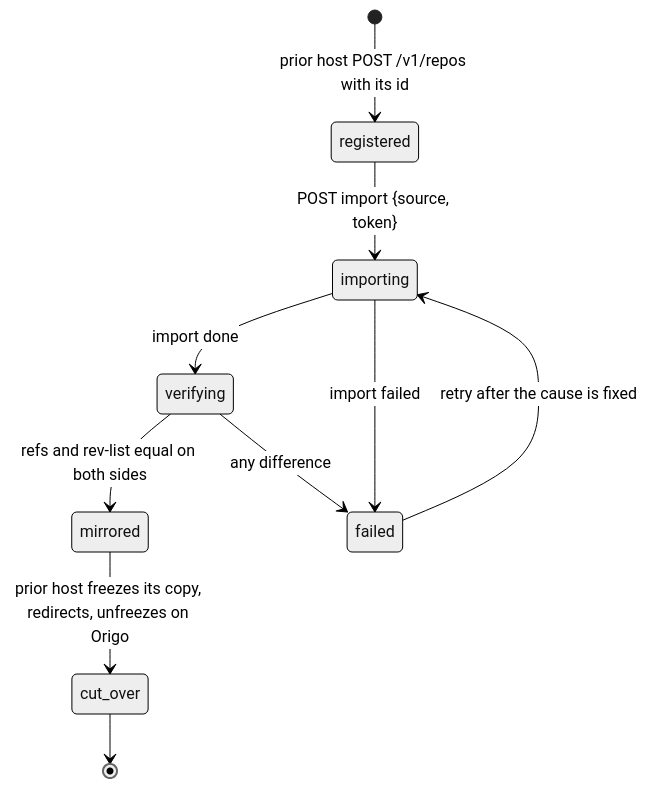
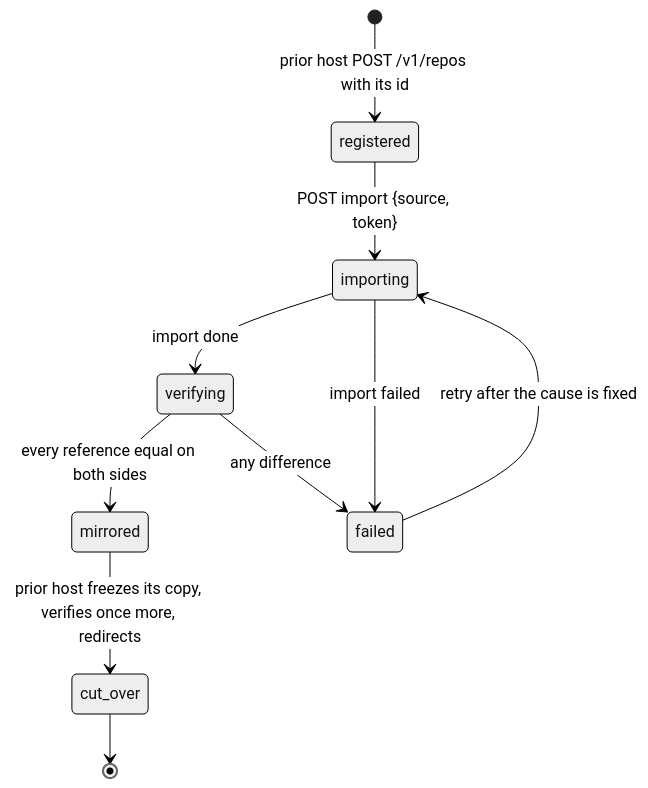
One commit to latere-ai/origo changed the diagram in specs/014-repository-migration.md. Above: the diagram before and after it, drawn with Mermaid (neutral theme). The commit also changed other lines of this file, not shown here.

Commit message:
specs(014): verify compares references and counts Origo's objects, resume from meta, manifest and report as JSON lines, docs criterion runs the commands

````diff
--- a/specs/014-repository-migration.md
+++ b/specs/014-repository-migration.md
@@ -60,12 +60,12 @@
 ```mermaid
 stateDiagram-v2
   [*] --> registered: prior host POST /v1/repos with its id
   registered --> importing: POST import {source, token}
   importing --> verifying: import done
   importing --> failed: import failed
-  verifying --> mirrored: refs and rev-list equal on both sides
+  verifying --> mirrored: every reference equal on both sides
   verifying --> failed: any difference
-  mirrored --> cut_over: prior host freezes its copy, redirects, unfreezes on Origo
+  mirrored --> cut_over: prior host freezes its copy, verifies once more, redirects
   cut_over --> [*]
   failed --> importing: retry after the cause is fixed
 ```
````
